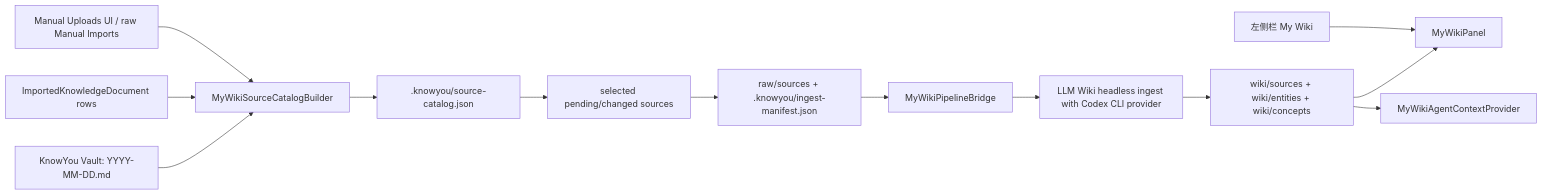
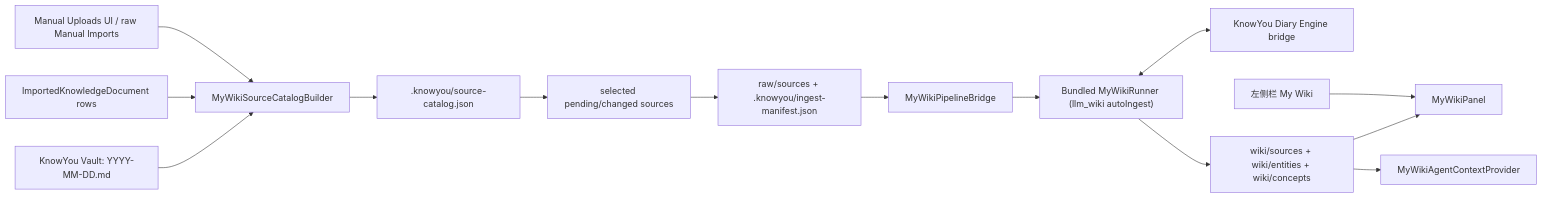
One commit to gift-is-coding/know-you-open-source changed the third of 3 diagrams in docs/architecture.md. Above: the diagram before and after it, drawn with Mermaid. The commit also changed other lines of this file and 6 other files, not shown here.

Commit message:
refactor: remove llm wiki app launcher

````diff
--- a/docs/architecture.md
+++ b/docs/architecture.md
@@ -753,15 +753,16 @@
 ```mermaid
 flowchart LR
     A["KnowYou Vault: YYYY-MM-DD.md"] --> B["MyWikiSourceCatalogBuilder"]
     AA["ImportedKnowledgeDocument rows"] --> B
     AB["Manual Uploads UI / raw Manual Imports"] --> B
     B --> C[".knowyou/source-catalog.json"]
     C --> D["selected pending/changed sources"]
     D --> E["raw/sources + .knowyou/ingest-manifest.json"]
     E --> J["MyWikiPipelineBridge"]
-    J --> K["LLM Wiki headless ingest with Codex CLI provider"]
+    J --> K["Bundled MyWikiRunner (llm_wiki autoIngest)"]
+    K <--> L["KnowYou Diary Engine bridge"]
     K --> F["wiki/sources + wiki/entities + wiki/concepts"]
     F --> G["MyWikiPanel"]
     F --> H["MyWikiAgentContextProvider"]
     I["左侧栏 My Wiki"] --> G
 ```
````
